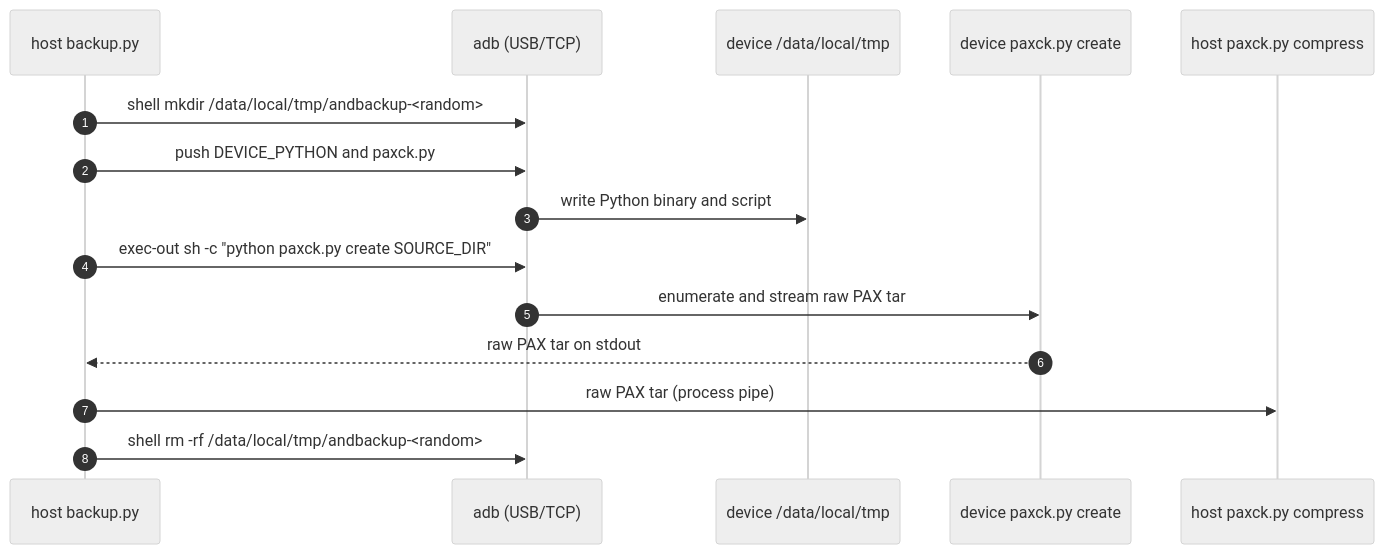
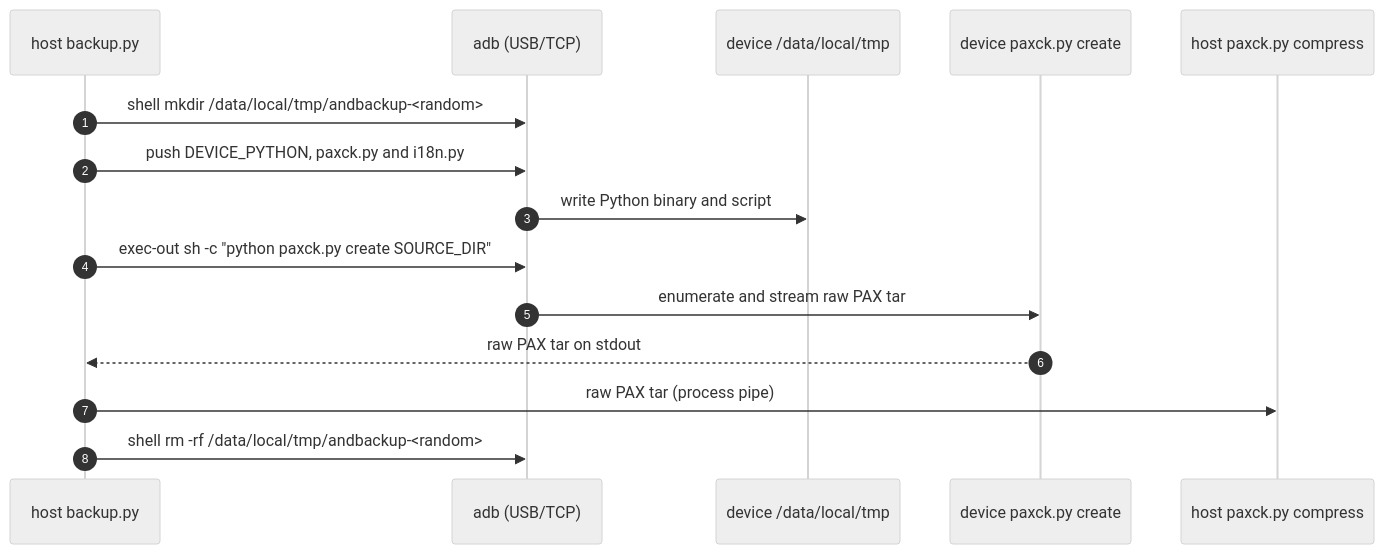
One commit to What410802/AndBackup changed the diagram in docs/flow.en.md. Above: the diagram before and after it, drawn with Mermaid (neutral theme). The commit also changed other lines of this file and 16 other files, not shown here.

````diff
--- a/docs/flow.en.md
+++ b/docs/flow.en.md
@@ -61,18 +62,18 @@
 ```mermaid
 sequenceDiagram
     autonumber
     participant BP as host backup.py
     participant ADB as adb (USB/TCP)
     participant DEV as device /data/local/tmp
     participant PYD as device paxck.py create
     participant PX as host paxck.py compress
 
     BP->>ADB: shell mkdir /data/local/tmp/andbackup-<random>
-    BP->>ADB: push DEVICE_PYTHON and paxck.py
+    BP->>ADB: push DEVICE_PYTHON, paxck.py and i18n.py
     ADB->>DEV: write Python binary and script
     BP->>ADB: exec-out sh -c "python paxck.py create SOURCE_DIR"
     ADB->>PYD: enumerate and stream raw PAX tar
     PYD-->>BP: raw PAX tar on stdout
     BP->>PX: raw PAX tar (process pipe)
     BP->>ADB: shell rm -rf /data/local/tmp/andbackup-<random>
 ```
````
